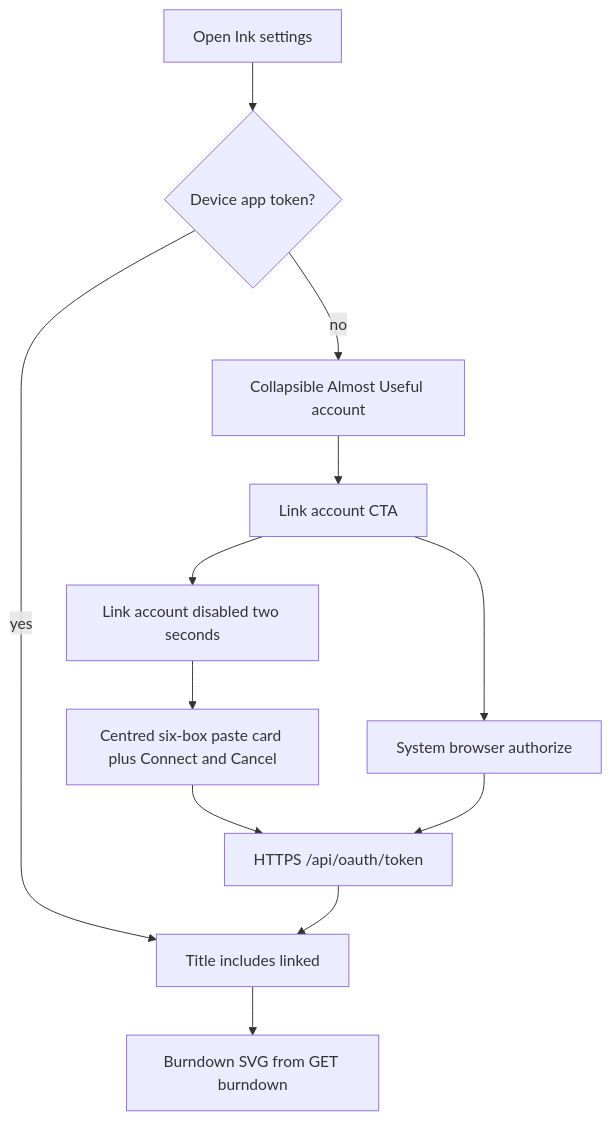
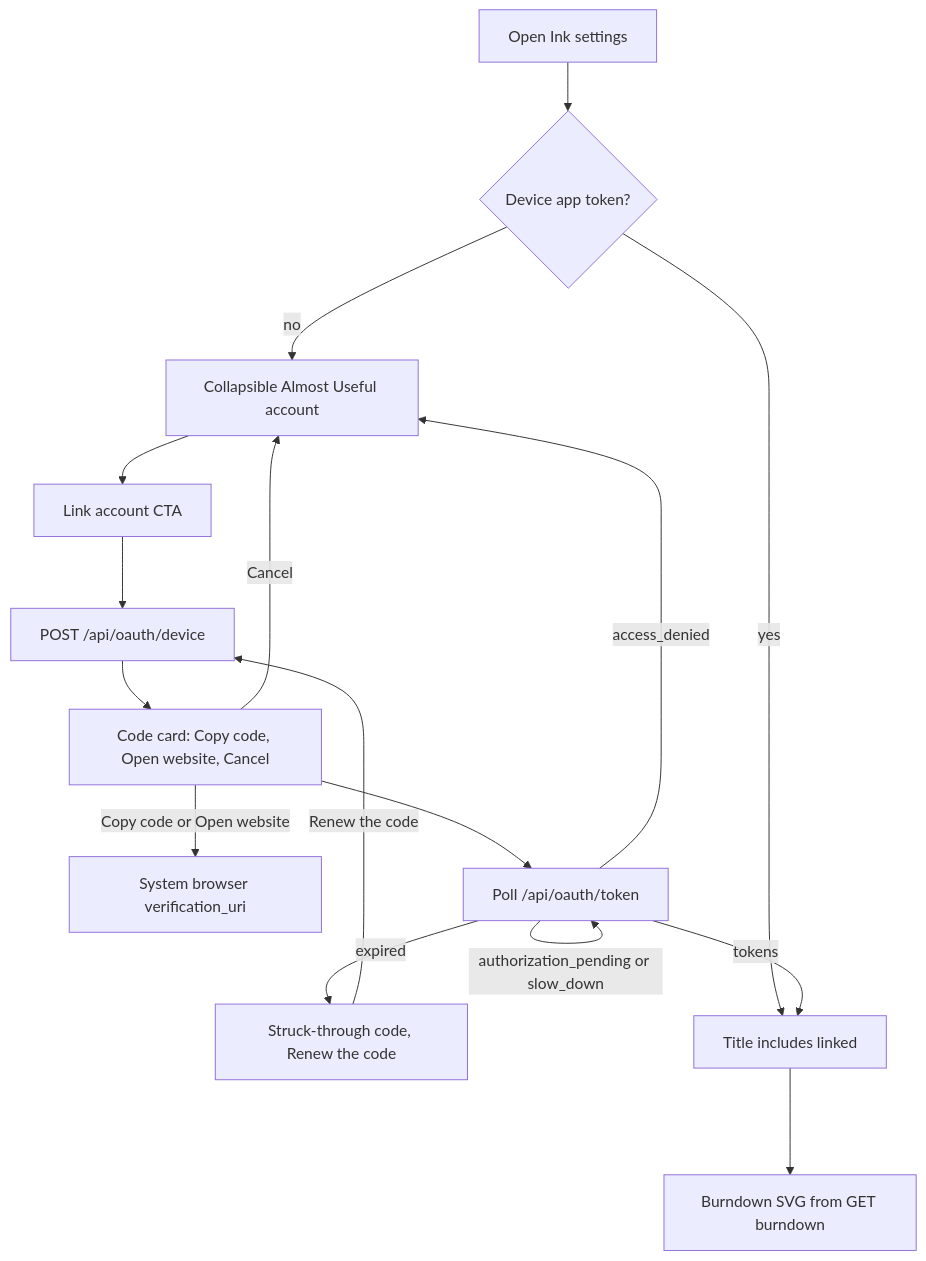
One commit to daledesilva/obsidian_ink changed the second of 2 diagrams in docs/almostuseful-account.md. Above: the diagram before and after it, drawn with Mermaid. The commit also changed other lines of this file and 11 other files, not shown here.

Commit message:
updated: Switched Ink sign-in to an app-shown device code so the website stays closed until Copy code or Open website. Left an expired code struck through until Renew the code, and hid Copy code and Open website once it expired.

````diff
--- a/docs/almostuseful-account.md
+++ b/docs/almostuseful-account.md
@@ -38,15 +49,19 @@
 ```mermaid
 flowchart TD
   OpenSettings[Open Ink settings]
   OpenSettings --> SignedIn{Device app token?}
   SignedIn -->|no| LoggedOut[Collapsible Almost Useful account]
   LoggedOut --> Idle[Link account CTA]
-  Idle --> Opening[Link account disabled two seconds]
-  Opening --> Pending[Centred six-box paste card plus Connect and Cancel]
-  Idle --> BrowserLogin[System browser authorize]
-  Pending --> Exchange[HTTPS /api/oauth/token]
-  BrowserLogin --> Exchange
+  Idle --> DeviceCode[POST /api/oauth/device]
+  DeviceCode --> Pending[Code card: Copy code, Open website, Cancel]
+  Pending -->|Copy code or Open website| BrowserLogin[System browser verification_uri]
+  Pending --> Poll[Poll /api/oauth/token]
+  Poll -->|authorization_pending or slow_down| Poll
+  Poll -->|expired| Expired[Struck-through code, Renew the code]
+  Expired -->|Renew the code| DeviceCode
+  Poll -->|access_denied| LoggedOut
+  Pending -->|Cancel| LoggedOut
   SignedIn -->|yes| Header[Title includes linked]
   Header --> Charts[Burndown SVG from GET burndown]
-  Exchange --> Header
+  Poll -->|tokens| Header
 ```
````
